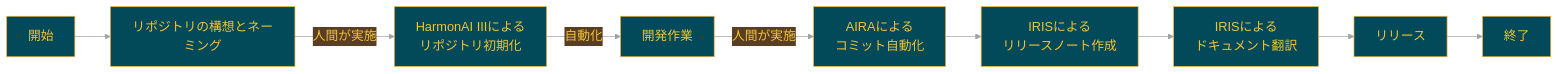
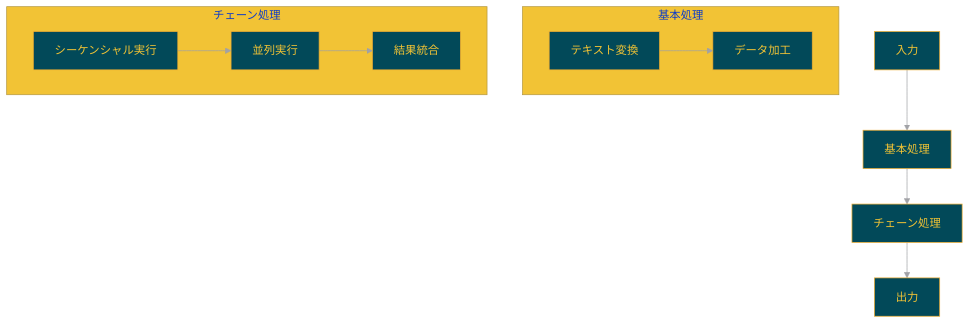
Before and after one commit to Sunwood-ai-labs/langchain-sandbox: the diagram in README.md, drawn with Mermaid. The commit also changed other lines of this file and 2 other files, not shown here.

````diff
--- a/README.md
+++ b/README.md
@@ -199,20 +125,18 @@
 ```mermaid
-%%{init:{'theme':'base','themeVariables':{'primaryColor':'#024959','primaryTextColor':'#F2C335','primaryBorderColor':'#F2AE30','lineColor':'#A1A2A6','secondaryColor':'#593E25','tertiaryColor':'#F2C335','noteTextColor':'#024959','noteBkgColor':'#F2C335','textColor':'#024959','fontSize':'18px'}}}%%
+%%{init:{'theme':'base','themeVariables':{'primaryColor':'#024959','primaryTextColor':'#F2C335','primaryBorderColor':'#F2AE30','lineColor':'#A1A2A6','secondaryColor':'#593E25','tertiaryColor':'#F2C335'}}}%%
 
-graph LR
-    A[開始] --> B[リポジトリの構想とネーミング]
-    B -->|人間が実施| C[HarmonAI IIIによる<br>リポジトリ初期化]
-    C -->|自動化| D[開発作業]
-    D -->|人間が実施| E[AIRAによる<br>コミット自動化]
-    E --> H[IRISによる<br>リリースノート作成]
-    H --> I[IRISによる<br>ドキュメント翻訳]
-    I --> J[リリース]
-    J --> K[終了]
-
-    class B,D,G human;
-    class E aira;
-    class F,H,I iris;
-    class C auto;
-    class A,J,K process;
-
+graph TB
+    A[入力] --> B[基本処理]
+    B --> C[チェーン処理]
+    
+    subgraph "基本処理"
+    B1[テキスト変換] --> B2[データ加工]
+    end
+    
+    subgraph "チェーン処理"
+    C1[シーケンシャル実行] --> C2[並列実行]
+    C2 --> C3[結果統合]
+    end
+    
+    C --> D[出力]
 ```
````
